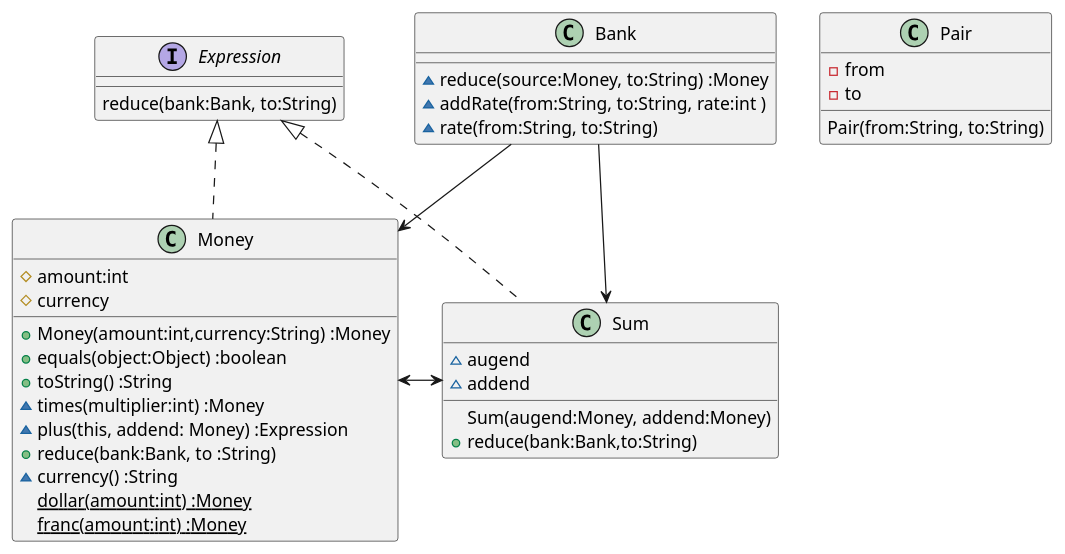
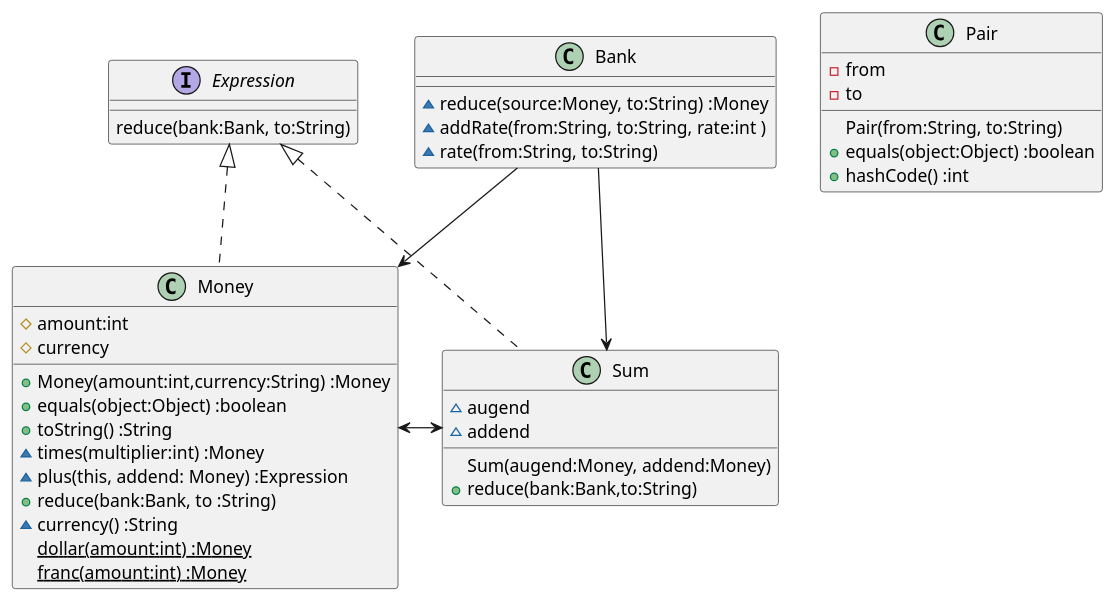
Before and after one commit to k2works/etude_for_java: the first of 2 diagrams in docs/src/TDD.md, drawn with PlantUML. The commit also changed 4 other files, not shown here.

````diff
--- a/docs/src/TDD.md
+++ b/docs/src/TDD.md
@@ -51,39 +51,41 @@
 ```puml
 interface Expression {
   reduce(bank:Bank, to:String)
 }
 class Money {
   #amount:int
   #currency  
   +Money(amount:int,currency:String) :Money
   +equals(object:Object) :boolean  
   +toString() :String
   ~times(multiplier:int) :Money
   ~plus(this, addend: Money) :Expression
   +reduce(bank:Bank, to :String)      
   ~currency() :String
   {static} dollar(amount:int) :Money
   {static} franc(amount:int) :Money  
 }
 class Bank {
   ~reduce(source:Money, to:String) :Money
   ~addRate(from:String, to:String, rate:int )
   ~rate(from:String, to:String)
 }
 class Sum {
   ~augend
   ~addend
   Sum(augend:Money, addend:Money)
   +reduce(bank:Bank,to:String)
 }
 class Pair {
   -from
   -to
   Pair(from:String, to:String)
+  +equals(object:Object) :boolean
+  +hashCode() :int
 }
 Expression <|.. Money
 Expression <|.. Sum
 Money <-> Sum
 Bank --> Sum
 Bank --> Money
 ```
````
